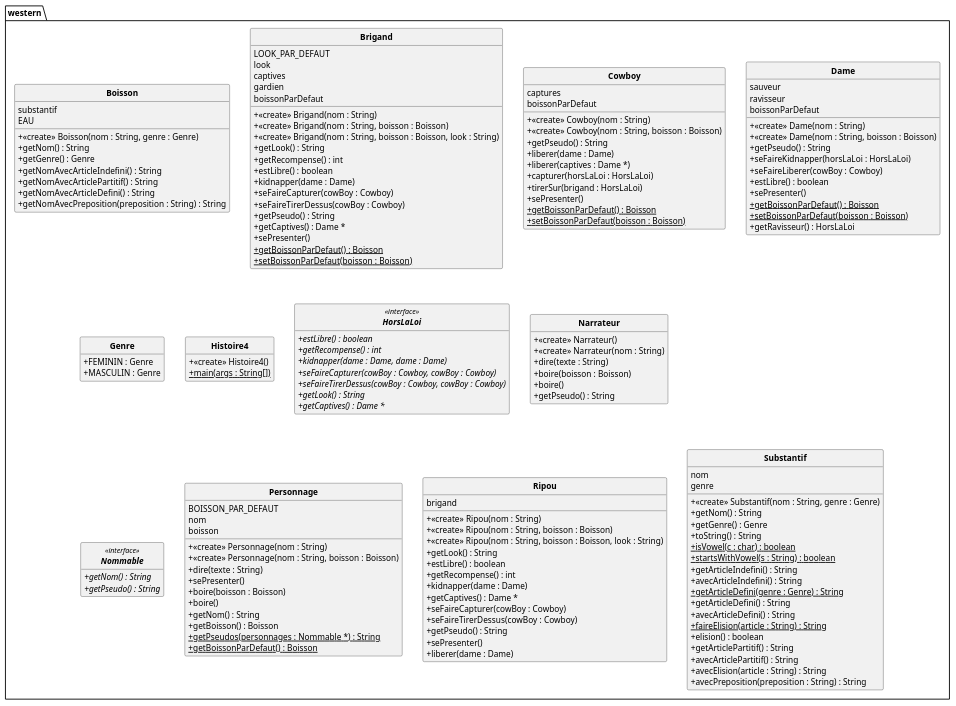
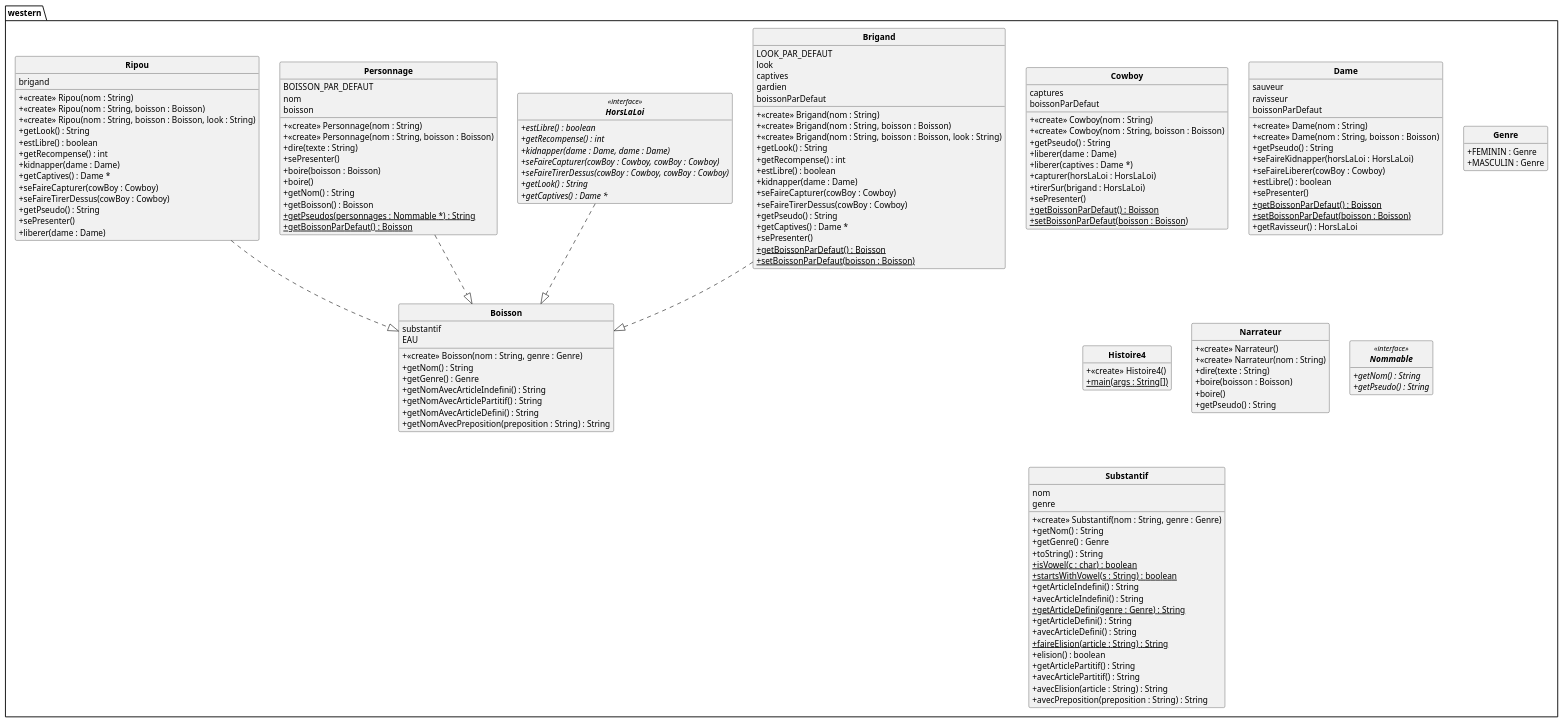
One commit to DimToups/Java-to-PUML-converter changed the diagram in out/production/p21_projet/pumlFromJava/westernClass.puml. Above: the diagram before and after it, drawn with PlantUML. The commit also changed 4 other files, not shown here.

```diff
--- a/out/production/p21_projet/pumlFromJava/westernClass.puml
+++ b/out/production/p21_projet/pumlFromJava/westernClass.puml
@@ -1,166 +1,174 @@
 @startuml
 'https://plantuml.com/class-diagram
 skinparam style strictuml
 skinparam classAttributeIconSize 0
 skinparam classFontStyle Bold
 
 hide empty members
 
 package western{
 class Boisson{
 substantif
 EAU
 + <<create>> Boisson(nom : String, genre : Genre)
 + getNom() : String
 + getGenre() : Genre
 + getNomAvecArticleIndefini() : String
 + getNomAvecArticlePartitif() : String
 + getNomAvecArticleDefini() : String
 + getNomAvecPreposition(preposition : String) : String
 }
 
 class Brigand{
 LOOK_PAR_DEFAUT
 look
 captives
 gardien
 boissonParDefaut
 + <<create>> Brigand(nom : String)
 + <<create>> Brigand(nom : String, boisson : Boisson)
 + <<create>> Brigand(nom : String, boisson : Boisson, look : String)
 + getLook() : String
 + getRecompense() : int
 + estLibre() : boolean
 + kidnapper(dame : Dame)
 + seFaireCapturer(cowBoy : Cowboy)
 + seFaireTirerDessus(cowBoy : Cowboy)
 + getPseudo() : String
 + getCaptives() : Dame *
 + sePresenter()
 + getBoissonParDefaut() {static} : Boisson
 + setBoissonParDefaut(boisson : Boisson) {static}
 }
 
 class Cowboy{
 captures
 boissonParDefaut
 + <<create>> Cowboy(nom : String)
 + <<create>> Cowboy(nom : String, boisson : Boisson)
 + getPseudo() : String
 + liberer(dame : Dame)
 + liberer(captives : Dame *)
 + capturer(horsLaLoi : HorsLaLoi)
 + tirerSur(brigand : HorsLaLoi)
 + sePresenter()
 + getBoissonParDefaut() {static} : Boisson
 + setBoissonParDefaut(boisson : Boisson) {static}
 }
 
 class Dame{
 sauveur
 ravisseur
 boissonParDefaut
 + <<create>> Dame(nom : String)
 + <<create>> Dame(nom : String, boisson : Boisson)
 + getPseudo() : String
 + seFaireKidnapper(horsLaLoi : HorsLaLoi)
 + seFaireLiberer(cowBoy : Cowboy)
 + estLibre() : boolean
 + sePresenter()
 + getBoissonParDefaut() {static} : Boisson
 + setBoissonParDefaut(boisson : Boisson) {static}
 + getRavisseur() : HorsLaLoi
 }
 
 class Genre{
 + FEMININ : Genre
 + MASCULIN : Genre
 }
 
 class Histoire4{
 + <<create>> Histoire4()
 + main(args : String[]) {static}
 }
 
 interface HorsLaLoi<<interface>>{
 + estLibre() {abstract} : boolean
 + getRecompense() {abstract} : int
 + kidnapper(dame : Dame, dame : Dame) {abstract}
 + seFaireCapturer(cowBoy : Cowboy, cowBoy : Cowboy) {abstract}
 + seFaireTirerDessus(cowBoy : Cowboy, cowBoy : Cowboy) {abstract}
 + getLook() {abstract} : String
 + getCaptives() {abstract} : Dame *
 }
 
 class Narrateur{
 + <<create>> Narrateur()
 + <<create>> Narrateur(nom : String)
 + dire(texte : String)
 + boire(boisson : Boisson)
 + boire()
 + getPseudo() : String
 }
 
 interface Nommable<<interface>>{
 + getNom() {abstract} : String
 + getPseudo() {abstract} : String
 }
 
 class Personnage{
 BOISSON_PAR_DEFAUT
 nom
 boisson
 + <<create>> Personnage(nom : String)
 + <<create>> Personnage(nom : String, boisson : Boisson)
 + dire(texte : String)
 + sePresenter()
 + boire(boisson : Boisson)
 + boire()
 + getNom() : String
 + getBoisson() : Boisson
 + getPseudos(personnages : Nommable *) {static} : String
 + getBoissonParDefaut() {static} : Boisson
 }
 
 class Ripou{
 brigand
 + <<create>> Ripou(nom : String)
 + <<create>> Ripou(nom : String, boisson : Boisson)
 + <<create>> Ripou(nom : String, boisson : Boisson, look : String)
 + getLook() : String
 + estLibre() : boolean
 + getRecompense() : int
 + kidnapper(dame : Dame)
 + getCaptives() : Dame *
 + seFaireCapturer(cowBoy : Cowboy)
 + seFaireTirerDessus(cowBoy : Cowboy)
 + getPseudo() : String
 + sePresenter()
 + liberer(dame : Dame)
 }
 
 class Substantif{
 nom
 genre
 + <<create>> Substantif(nom : String, genre : Genre)
 + getNom() : String
 + getGenre() : Genre
 + toString() : String
 + isVowel(c : char) {static} : boolean
 + startsWithVowel(s : String) {static} : boolean
 + getArticleIndefini() : String
 + avecArticleIndefini() : String
 + getArticleDefini(genre : Genre) {static} : String
 + getArticleDefini() : String
 + avecArticleDefini() : String
 + faireElision(article : String) {static} : String
 + elision() : boolean
 + getArticlePartitif() : String
 + avecArticlePartitif() : String
 + avecElision(article : String) : String
 + avecPreposition(preposition : String) : String
 }
 
 
+Brigand ..|> Boisson
+
+HorsLaLoi ..|> Boisson
+
+Personnage ..|> Boisson
+
+Ripou ..|> Boisson
+
 }
 @enduml
```
